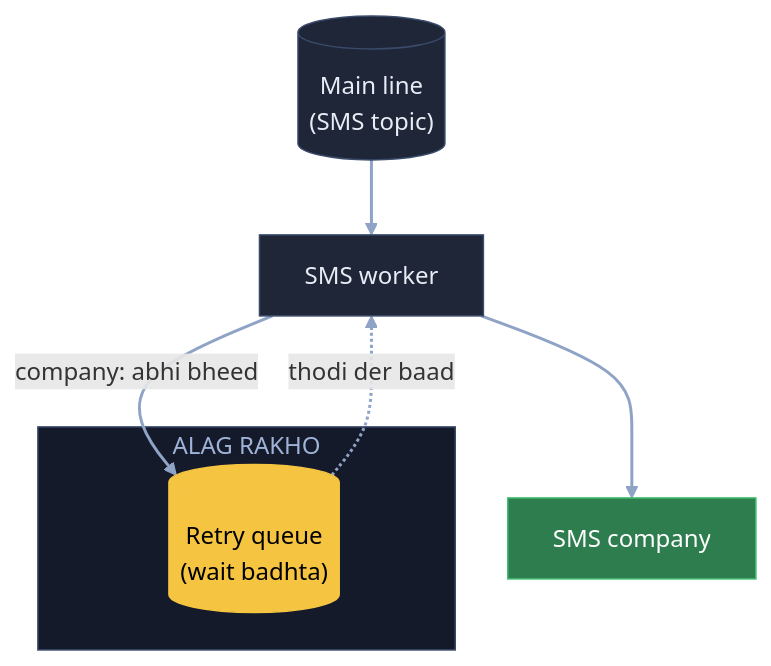
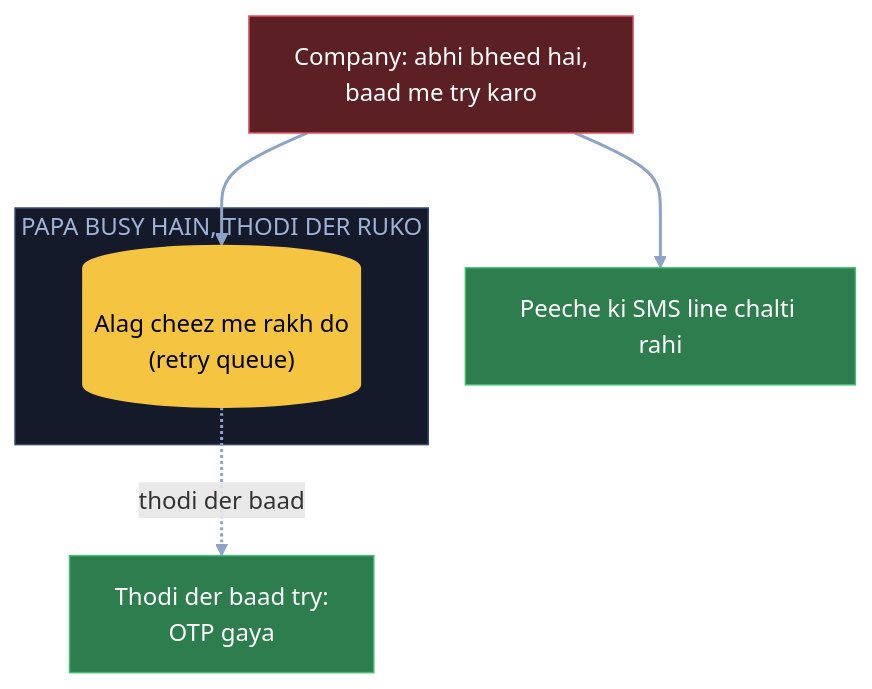
The fourth of 9 diagrams in 04_HLD/SYSTEM_DESIGNS/04_notification_system/04_notification_system.md (ArpanMaheshwari144/Prep), drawn with Mermaid before and after one commit. The commit also changed other lines of this file, not shown here.

Commit message:
Notification: 9 diagram hand notes ke shabdon se (K9: OTP seedha, DB nahi)

````diff
--- a/04_HLD/SYSTEM_DESIGNS/04_notification_system/04_notification_system.md
+++ b/04_HLD/SYSTEM_DESIGNS/04_notification_system/04_notification_system.md
@@ -144,19 +138,18 @@
 ```mermaid
 flowchart TB
-    Q[("Main line<br/>(SMS topic)")]:::card
-    W["SMS worker"]:::card
-    subgraph AR["ALAG RAKHO"]
-        R[("Retry queue<br/>(wait badhta)")]:::pill
+    C["Company: abhi bheed hai,<br/>baad me try karo"]:::bad
+    subgraph PB["PAPA BUSY HAIN, THODI DER RUKO"]
+        R[("Alag cheez me rakh do<br/>(retry queue)")]:::pill
     end
-    S["SMS company"]:::good
-    Q --> W
-    W -- "company: abhi bheed" --> R
-    R -. "thodi der baad" .-> W
-    W --> S
+    T["Thodi der baad try:<br/>OTP gaya"]:::good
+    L["Peeche ki SMS line chalti rahi"]:::good
+    C --> R
+    R -. "thodi der baad" .-> T
+    C --> L
     linkStyle default stroke:#8fa3c7,stroke-width:2px
     classDef card fill:#1e2638,stroke:#3a4a6b,color:#e8ecf5
     classDef pill fill:#f5c542,stroke:#f5c542,color:#000
     classDef good fill:#2e7d4f,stroke:#3fbf6f,color:#fff
     classDef bad fill:#5c1f24,stroke:#e05561,color:#fff
-    style AR fill:#141a29,stroke:#3a4a6b,color:#9fb3d9
+    style PB fill:#141a29,stroke:#3a4a6b,color:#9fb3d9
 ```
````
